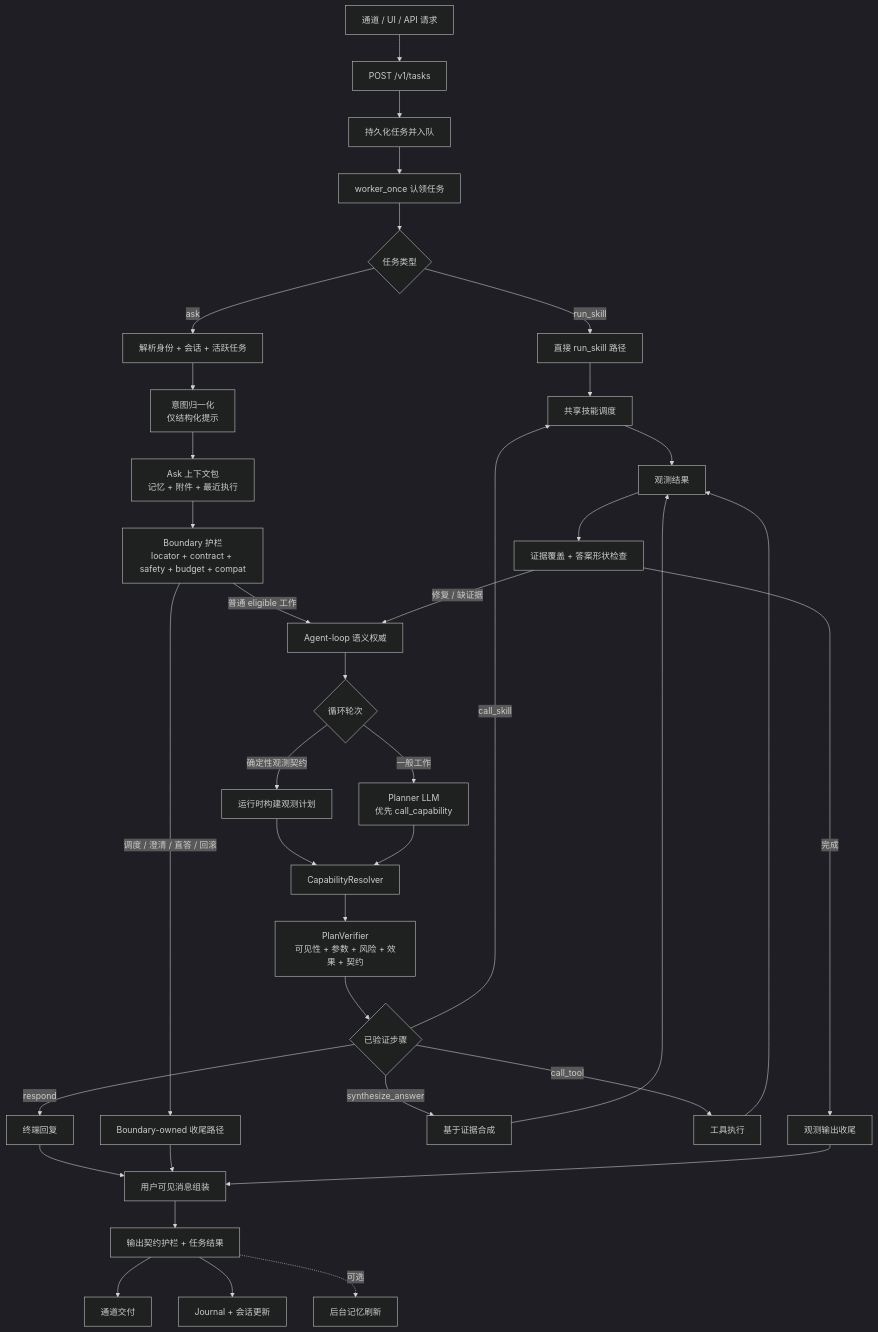
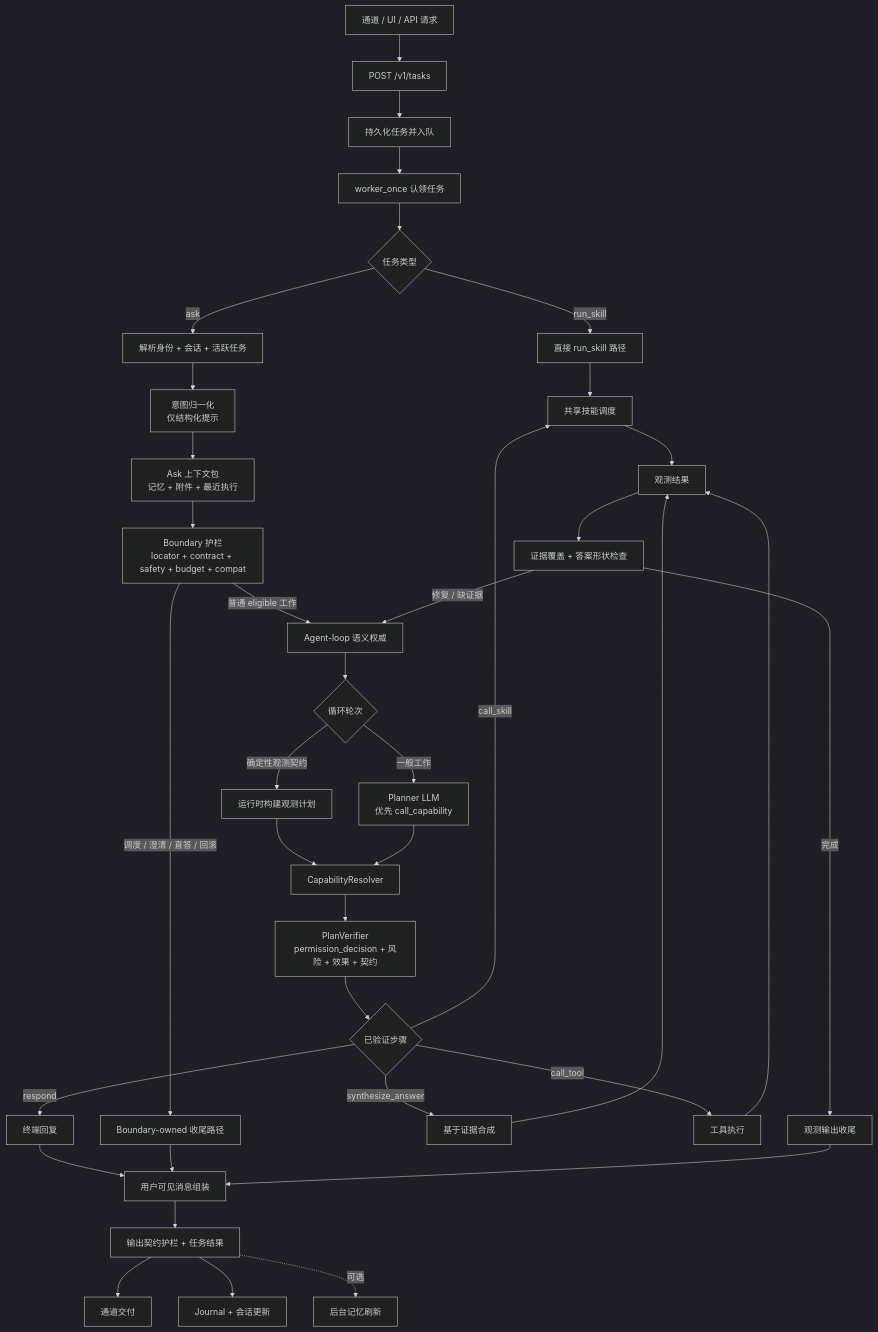
Before and after one commit to MatrixCoreX/RustClaw: the first of 3 diagrams in README.zh-CN.md, drawn with Mermaid (dark theme). The commit also changed other lines of this file and 4 other files, not shown here.

````diff
--- a/README.zh-CN.md
+++ b/README.zh-CN.md
@@ -28,39 +28,39 @@
 ```mermaid
 flowchart TD
     A[通道 / UI / API 请求] --> B[POST /v1/tasks]
     B --> C[持久化任务并入队]
     C --> D[worker_once 认领任务]
     D --> E{任务类型}
     E -->|run_skill| RS[直接 run_skill 路径]
     E -->|ask| F[解析身份 + 会话 + 活跃任务]
     F --> G[意图归一化<br/>仅结构化提示]
     G --> H[Ask 上下文包<br/>记忆 + 附件 + 最近执行]
     H --> I[Boundary 护栏<br/>locator + contract + safety + budget + compat]
     I -->|普通 eligible 工作| J[Agent-loop 语义权威]
     I -->|调度 / 澄清 / 直答 / 回滚| K[Boundary-owned 收尾路径]
     J --> L{循环轮次}
     L -->|确定性观测契约| M[运行时构建观测计划]
     L -->|一般工作| N[Planner LLM<br/>优先 call_capability]
     M --> O[CapabilityResolver]
     N --> O
-    O --> P[PlanVerifier<br/>可见性 + 参数 + 风险 + 效果 + 契约]
+    O --> P[PlanVerifier<br/>permission_decision + 风险 + 效果 + 契约]
     P --> Q{已验证步骤}
     Q -->|respond| R[终端回复]
     Q -->|synthesize_answer| S[基于证据合成]
     Q -->|call_tool| T[工具执行]
     Q -->|call_skill| U[共享技能调度]
     RS --> U
     T --> V[观测结果]
     U --> V
     S --> V
     V --> W[证据覆盖 + 答案形状检查]
     W -->|修复 / 缺证据| J
     W -->|完成| X[观测输出收尾]
     R --> Y[用户可见消息组装]
     K --> Y
     X --> Y
     Y --> Z[输出契约护栏 + 任务结果]
     Z --> AA[通道交付]
     Z --> AB[Journal + 会话更新]
     Z -. 可选 .-> AC[后台记忆刷新]
 ```
````
